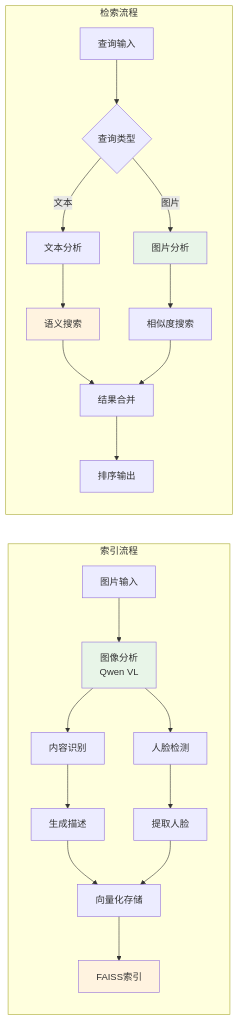
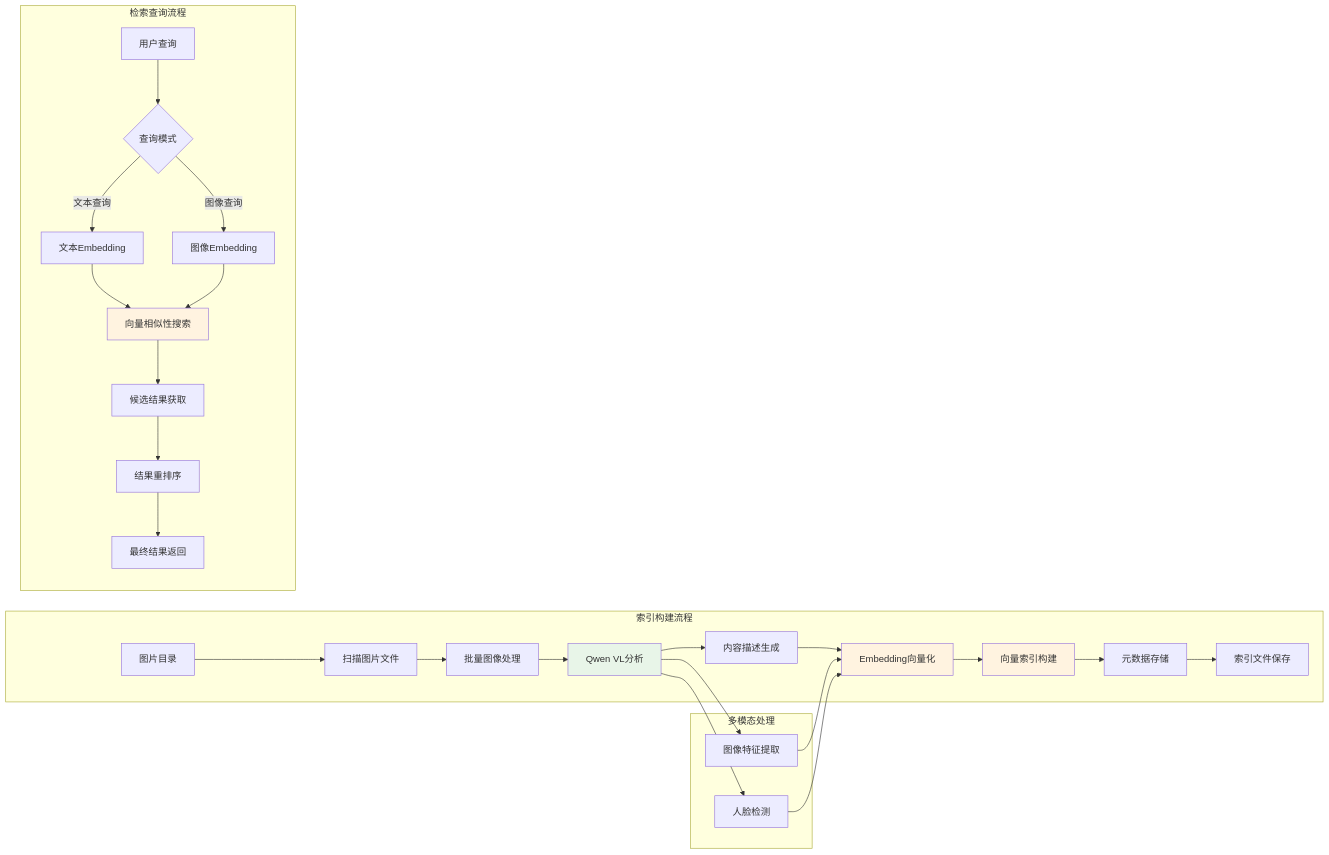
Before and after one commit to Senke0x/QwenRag: the second of 2 diagrams in design/design.md, drawn with Mermaid. The commit also changed other lines of this file and 28 other files, not shown here.

````diff
--- a/design/design.md
+++ b/design/design.md
@@ -72,29 +97,36 @@
 ``` mermaid
 graph LR
-    subgraph "索引流程"
-        A[图片输入] --> B[图像分析<br/>Qwen VL]
-        B --> C[内容识别]
-        B --> D[人脸检测]
-        C --> E[生成描述]
-        D --> F[提取人脸]
-        E --> G[向量化存储]
-        F --> G
-        G --> H[FAISS索引]
+    subgraph "索引构建流程"
+        A[图片目录] --> B[扫描图片文件]
+        B --> C[批量图像处理]
+        C --> D[Qwen VL分析]
+        D --> E[内容描述生成]
+        E --> F[Embedding向量化]
+        F --> G[向量索引构建]
+        G --> H[元数据存储]
+        H --> I[索引文件保存]
     end
 
-    subgraph "检索流程"
-        I[查询输入] --> J{查询类型}
-        J -->|文本| K[文本分析]
-        J -->|图片| L[图片分析]
-        K --> M[语义搜索]
-        L --> N[相似度搜索]
-        M --> O[结果合并]
-        N --> O
-        O --> P[排序输出]
+    subgraph "检索查询流程"
+        J[用户查询] --> K{查询模式}
+        K -->|文本查询| L[文本Embedding]
+        K -->|图像查询| M[图像Embedding]
+        L --> N[向量相似性搜索]
+        M --> N
+        N --> O[候选结果获取]
+        O --> P[结果重排序]
+        P --> Q[最终结果返回]
     end
 
-    style B fill:#e8f5e8
-    style L fill:#e8f5e8
-    style H fill:#fff3e0
-    style M fill:#fff3e0
+    subgraph "多模态处理"
+        D --> R[图像特征提取]
+        D --> S[人脸检测]
+        R --> F
+        S --> F
+    end
+
+    style D fill:#e8f5e8
+    style F fill:#fff3e0
+    style G fill:#fff3e0
+    style N fill:#fff3e0
 ```
````
